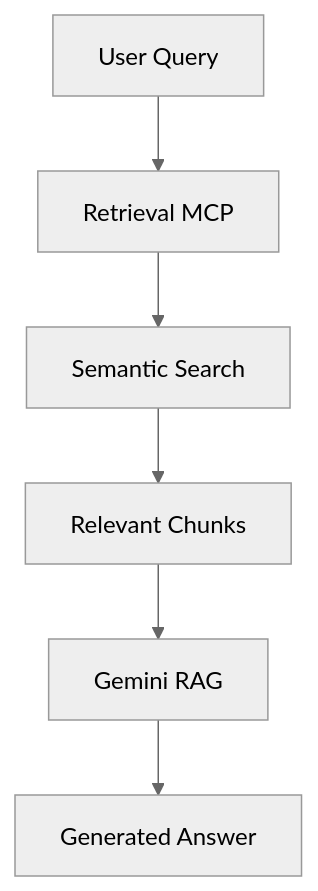
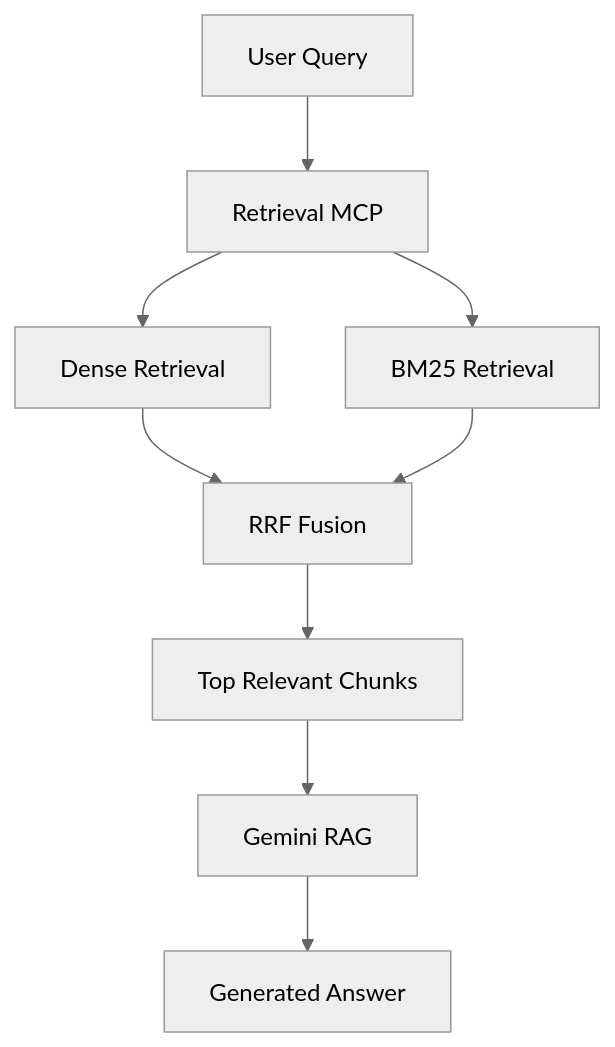
The first of 2 diagrams in README.md (nakul-cloud/Hybrid-Rag-MCP), drawn with Mermaid (neutral theme) before and after one commit. The commit also changed other lines of this file and 3 other files, not shown here.

Commit message:
Update README and documentation to reflect hybrid retrieval architecture with BM25 integration

````diff
--- a/README.md
+++ b/README.md
@@ -56,8 +56,11 @@
 ```mermaid
 flowchart TB
     U[User Query] --> RM[Retrieval MCP]
-    RM --> SS[Semantic Search]
-    SS --> RC[Relevant Chunks]
+    RM --> DR[Dense Retrieval]
+    RM --> BR[BM25 Retrieval]
+    DR --> RRF[RRF Fusion]
+    BR --> RRF
+    RRF --> RC[Top Relevant Chunks]
     RC --> GR[Gemini RAG]
     GR --> GA[Generated Answer]
 ```
````
